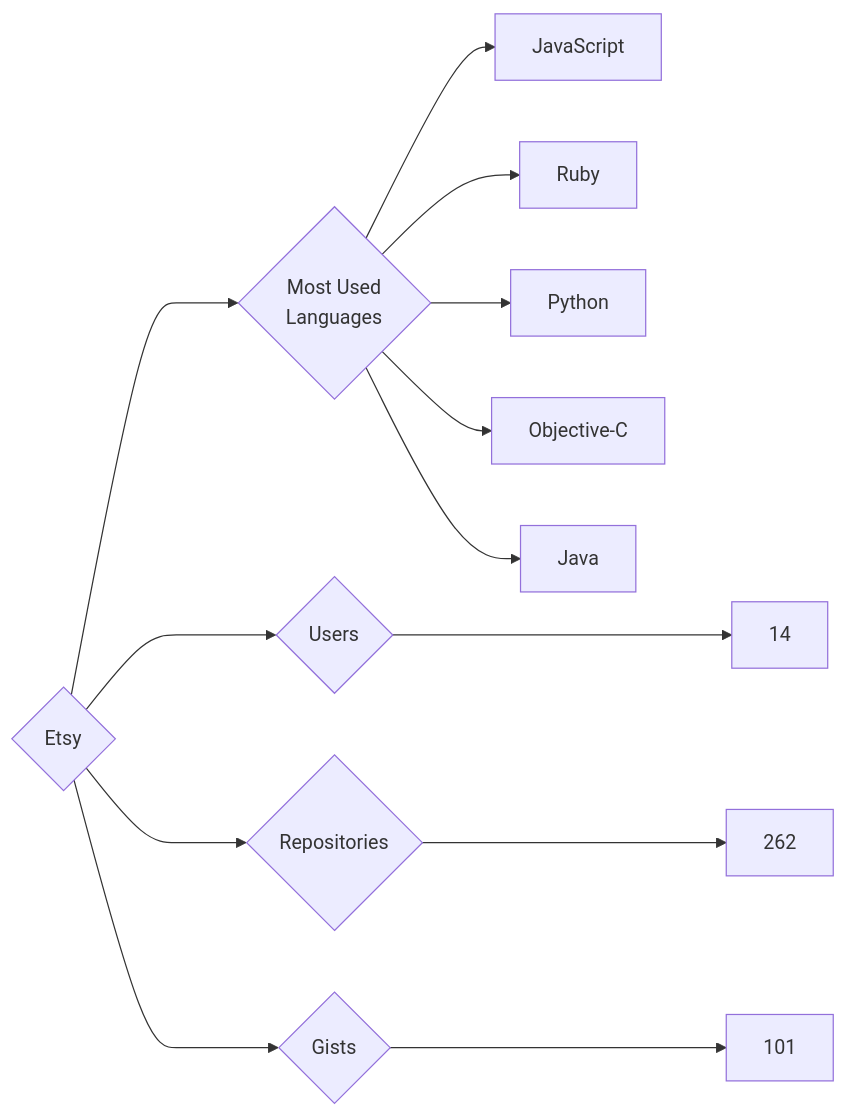
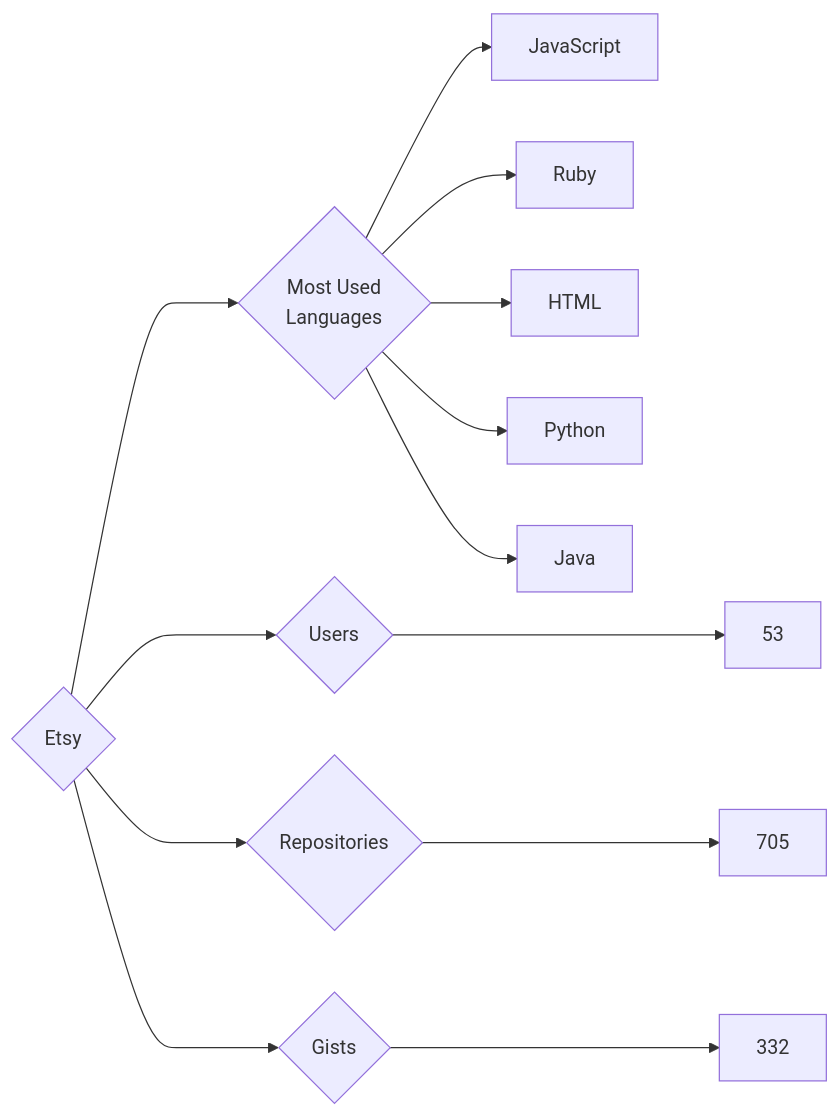
One commit to trickest/insiders changed the diagram in targets/Etsy/README.md. Above: the diagram before and after it, drawn with Mermaid. The commit also changed 935 other files, not shown here.

````diff
--- a/targets/Etsy/README.md
+++ b/targets/Etsy/README.md
@@ -3,13 +3,13 @@
 ```mermaid
 graph LR
 COMPANY_NAME{Etsy}
-COMPANY_NAME ---> U{Users} ---> UN[14]
-COMPANY_NAME ---> R{Repositories} ---> RN[262]
-COMPANY_NAME ---> G{Gists} ---> GN[101]
+COMPANY_NAME ---> U{Users} ---> UN[53]
+COMPANY_NAME ---> R{Repositories} ---> RN[705]
+COMPANY_NAME ---> G{Gists} ---> GN[332]
 COMPANY_NAME ---> ML{Most Used<br>Languages}
 ML --> JavaScript[JavaScript]
 ML --> Ruby[Ruby]
+ML --> HTML[HTML]
 ML --> Python[Python]
-ML --> Objective-C[Objective-C]
 ML --> Java[Java]
 ```
````
